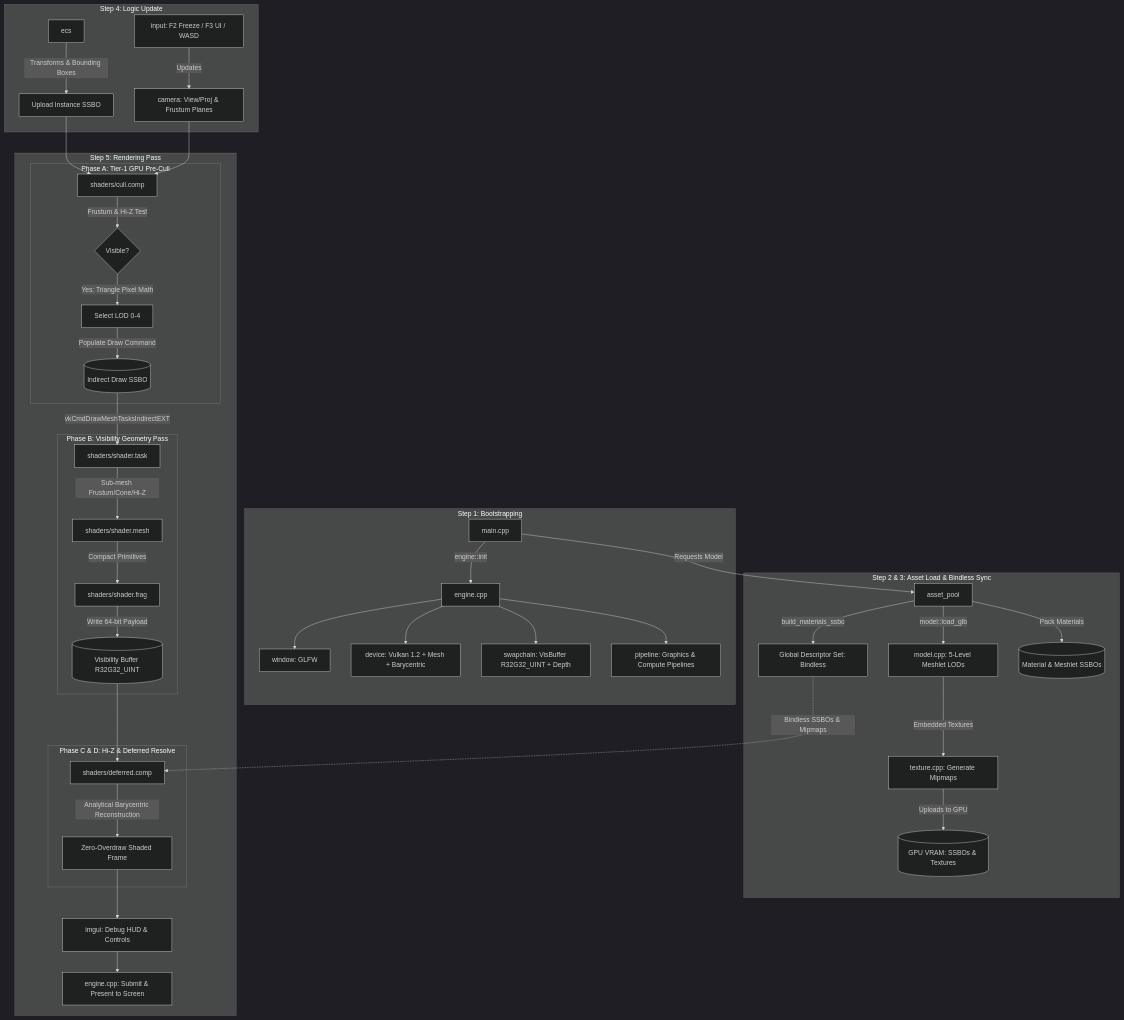
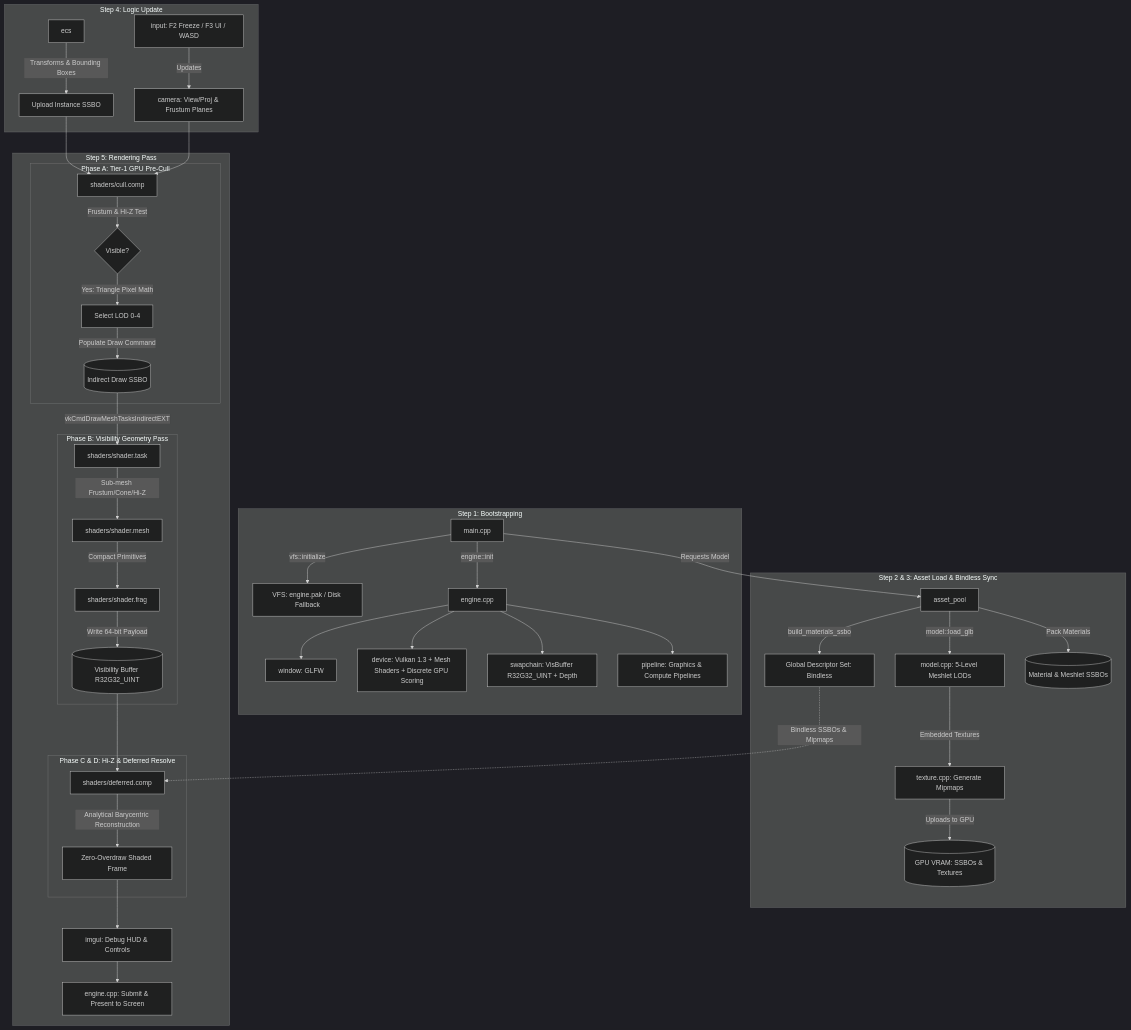
Before and after one commit to maksim-sterkis/MaksimEngine-Showcase: the diagram in flow.md, drawn with Mermaid (dark theme). The commit also changed 3 other files, not shown here.

Commit message:
docs: sync updated architecture, remove build instructions, and add VFS reference

````diff
--- a/flow.md
+++ b/flow.md
@@ -1,58 +1,59 @@
 ```mermaid
 graph TD
     %% Step 1
     subgraph Step 1: Bootstrapping
-        Main1[main.cpp] -->|engine::init| Engine[engine.cpp]
+        Main1[main.cpp] -->|vfs::initialize| VFS[VFS: engine.pak / Disk Fallback]
+        Main1 -->|engine::init| Engine[engine.cpp]
         Engine --> Win[window: GLFW]
-        Engine --> Dev[device: Vulkan 1.2 + Mesh + Barycentric]
+        Engine --> Dev[device: Vulkan 1.3 + Mesh Shaders + Discrete GPU Scoring]
         Engine --> Swap[swapchain: VisBuffer R32G32_UINT + Depth]
         Engine --> Pipe[pipeline: Graphics & Compute Pipelines]
     end
 
     %% Step 2 & 3
     subgraph Step 2 & 3: Asset Load & Bindless Sync
         Main1 -->|Requests Model| Pool[asset_pool]
         Pool -->|model::load_glb| Mod[model.cpp: 5-Level Meshlet LODs]
         Mod -->|Embedded Textures| Tex[texture.cpp: Generate Mipmaps]
         Tex -->|Uploads to GPU| VRAM[(GPU VRAM: SSBOs & Textures)]
         
         Pool -->|build_materials_ssbo| Desc[Global Descriptor Set: Bindless]
         Pool -->|Pack Materials| SSBO[(Material & Meshlet SSBOs)]
     end
 
     %% Step 4
     subgraph Step 4: Logic Update
         Inp[input: F2 Freeze / F3 UI / WASD] -->|Updates| Cam[camera: View/Proj & Frustum Planes]
         ECS[ecs] -->|Transforms & Bounding Boxes| Instances[Upload Instance SSBO]
     end
 
     %% Step 5
     subgraph Step 5: Rendering Pass
         %% Phase A
         subgraph Phase A: Tier-1 GPU Pre-Cull
             Instances --> CullComp[shaders/cull.comp]
             Cam --> CullComp
             CullComp -->|Frustum & Hi-Z Test| CullDecide{Visible?}
             CullDecide -->|Yes: Triangle Pixel Math| PickLOD[Select LOD 0-4]
             PickLOD -->|Populate Draw Command| IndBuffer[(Indirect Draw SSBO)]
         end
 
         %% Phase B
         subgraph Phase B: Visibility Geometry Pass
             IndBuffer -->|vkCmdDrawMeshTasksIndirectEXT| TaskSh[shaders/shader.task]
             TaskSh -->|Sub-mesh Frustum/Cone/Hi-Z| MeshSh[shaders/shader.mesh]
             MeshSh -->|Compact Primitives| FragSh[shaders/shader.frag]
             FragSh -->|Write 64-bit Payload| VisBuf[(Visibility Buffer R32G32_UINT)]
         end
 
         %% Phase C & D
         subgraph Phase C & D: Hi-Z & Deferred Resolve
             VisBuf --> DefComp[shaders/deferred.comp]
             Desc -.->|Bindless SSBOs & Mipmaps| DefComp
             DefComp -->|Analytical Barycentric Reconstruction| ZeroOverdraw[Zero-Overdraw Shaded Frame]
         end
 
         ZeroOverdraw --> UI[imgui: Debug HUD & Controls]
         UI --> Present[engine.cpp: Submit & Present to Screen]
     end
 ```
````
